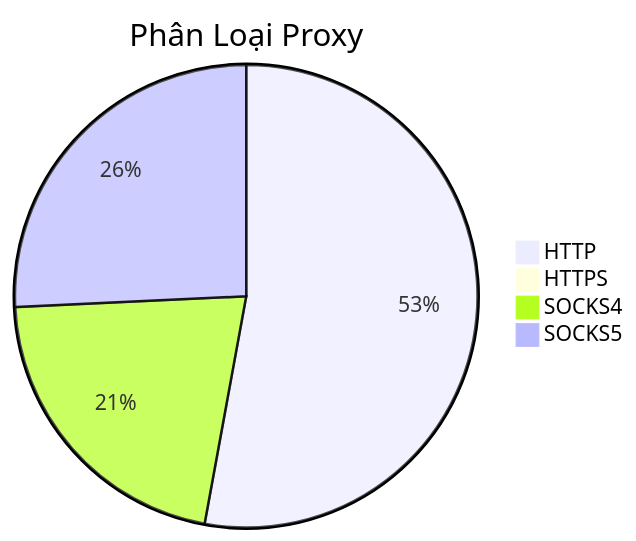
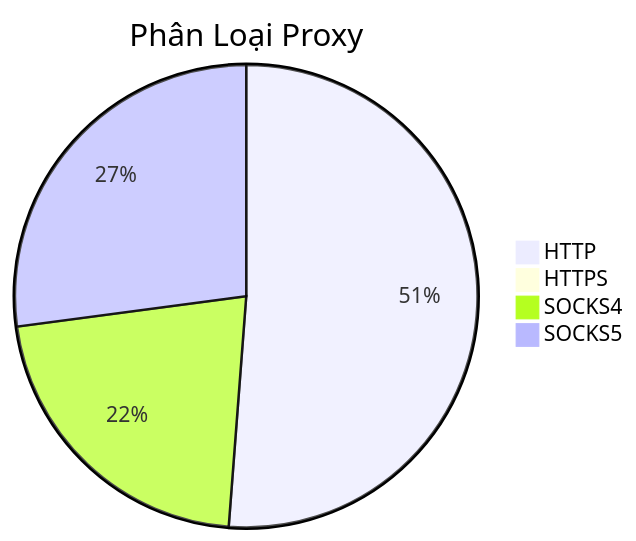
The diagram in README.md (Ciara-12/PROXY-free), drawn with Mermaid before and after one commit. The commit also changed other lines of this file and 4 other files, not shown here.

````diff
--- a/README.md
+++ b/README.md
@@ -26,7 +26,7 @@
 ```mermaid
 pie title Phân Loại Proxy
-    "HTTP" : 725
-    "HTTPS" : 1
-    "SOCKS4" : 293
-    "SOCKS5" : 353
+    "HTTP" : 635
+    "HTTPS" : 0
+    "SOCKS4" : 269
+    "SOCKS5" : 336
 ```
````
